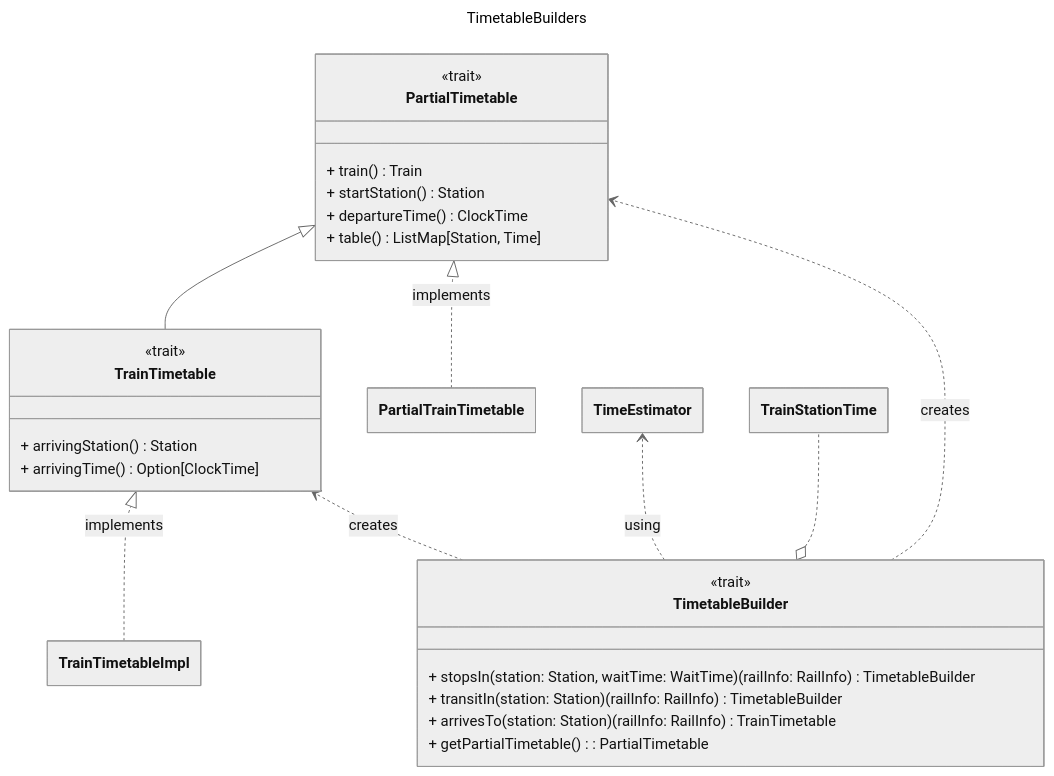
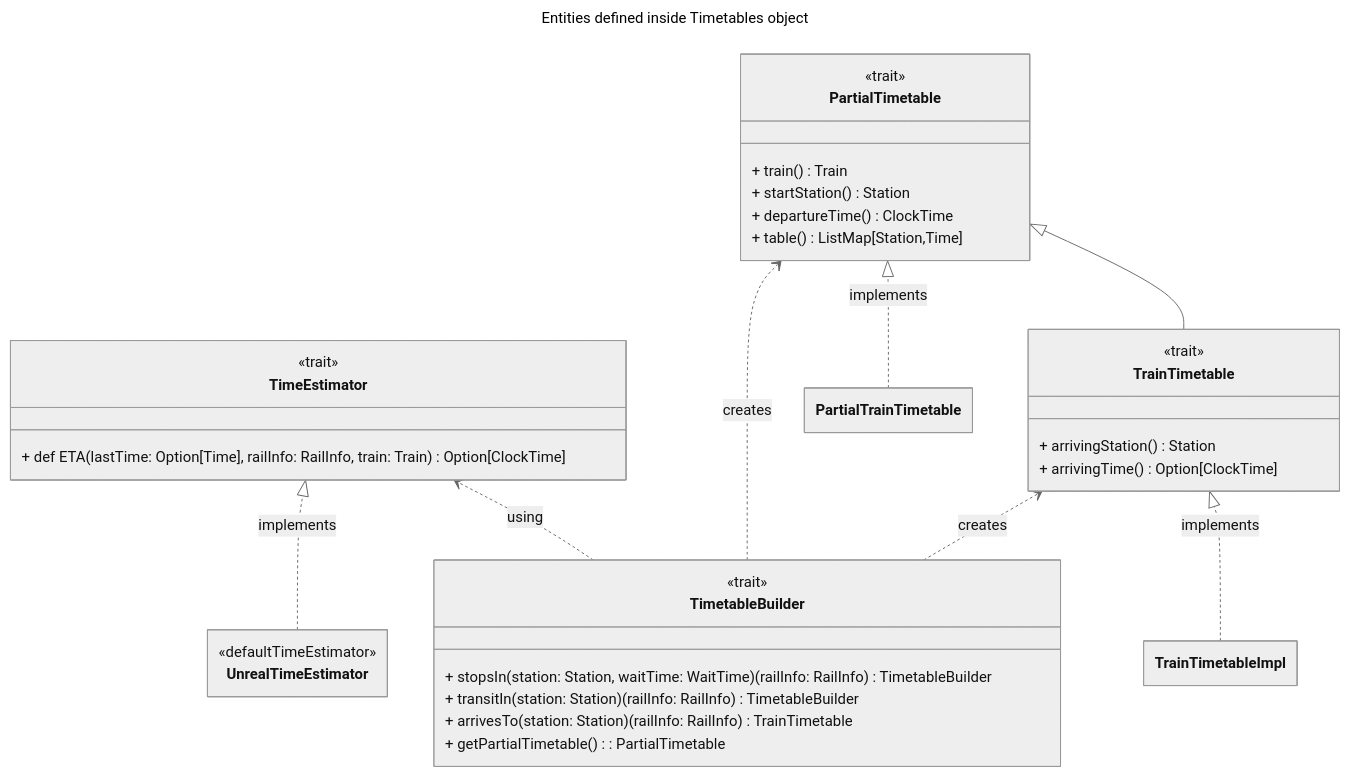
The seventh of 20 diagrams in docs/report/4-details-design.md (dev-pps/pps-23-ulisse), drawn with Mermaid (neutral theme) before and after one commit. The commit also changed other lines of this file and 4 other files, not shown here.

````diff
--- a/docs/report/4-details-design.md
+++ b/docs/report/4-details-design.md
@@ -372,41 +372,50 @@
 ```mermaid
 ---
-title: TimetableBuilders
+title: Entities defined inside Timetables object
 config:
   class:
     hideEmptyMembersBox: true
 ---
 
 classDiagram
-    direction BT
+direction BT
 
+    class TimeEstimator {
+        <<trait>>
+        + def ETA(lastTime: Option[Time], railInfo: RailInfo, train: Train) Option[ClockTime]
+    }
+    
     class PartialTimetable {
         <<trait>>
         + train() Train
         + startStation() Station
         + departureTime() ClockTime
-        + table() ListMap[Station, Time]
+        + table() ListMap[Station,Time]
     }
 
     class TrainTimetable {
         <<trait>>
         + arrivingStation() Station
         + arrivingTime() Option[ClockTime]
     }
 
     class TimetableBuilder {
         <<trait>>
         + stopsIn(station: Station, waitTime: WaitTime)(railInfo: RailInfo) TimetableBuilder
         + transitIn(station: Station)(railInfo: RailInfo) TimetableBuilder
         + arrivesTo(station: Station)(railInfo: RailInfo) TrainTimetable
         + getPartialTimetable(): PartialTimetable
     }
 
+    class UnrealTimeEstimator {
+      <<defaultTimeEstimator>>
+    }
+
     TrainTimetable --|> PartialTimetable
-    TrainTimetableImpl ..|> TrainTimetable: implements
-    PartialTrainTimetable ..|> PartialTimetable: implements
-    TimetableBuilder ..> TimeEstimator: using
-    TimetableBuilder o.. TrainStationTime
-    TimetableBuilder ..> PartialTimetable: creates
-    TimetableBuilder ..> TrainTimetable: creates
+    TrainTimetableImpl ..|> TrainTimetable : implements
+    PartialTrainTimetable ..|> PartialTimetable : implements
+    TimetableBuilder ..> TimeEstimator : using
+    TimetableBuilder ..> PartialTimetable : creates
+    TimetableBuilder ..> TrainTimetable : creates
+    UnrealTimeEstimator ..|> TimeEstimator : implements
 ```
````
